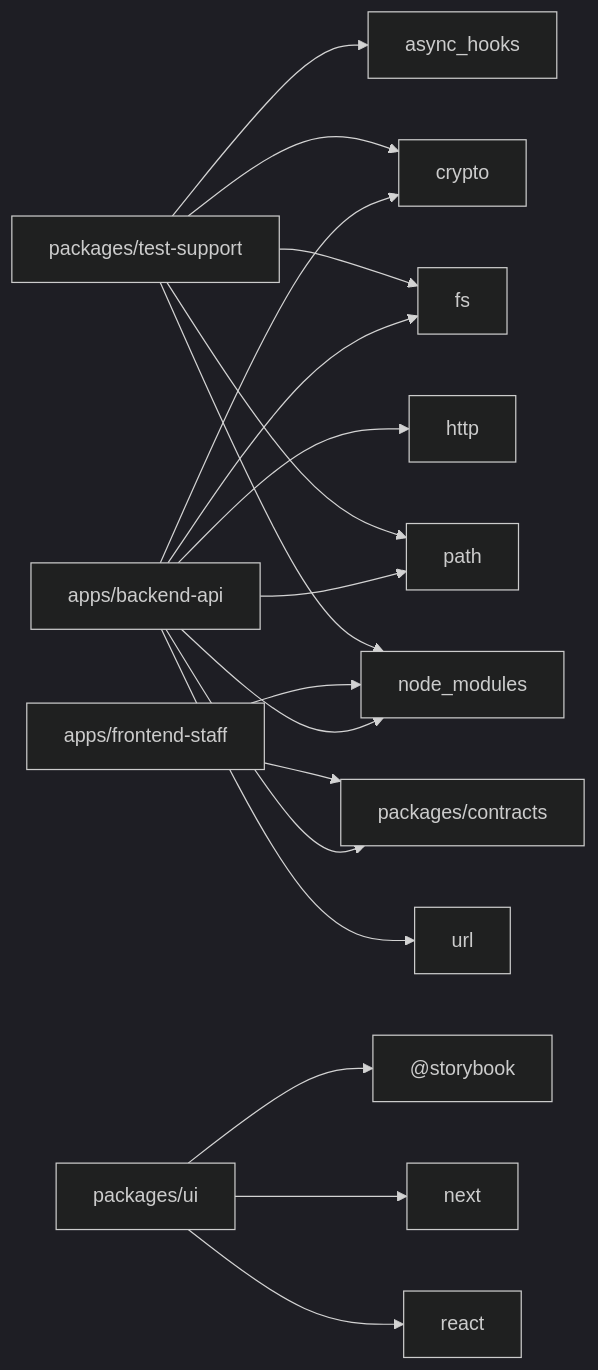
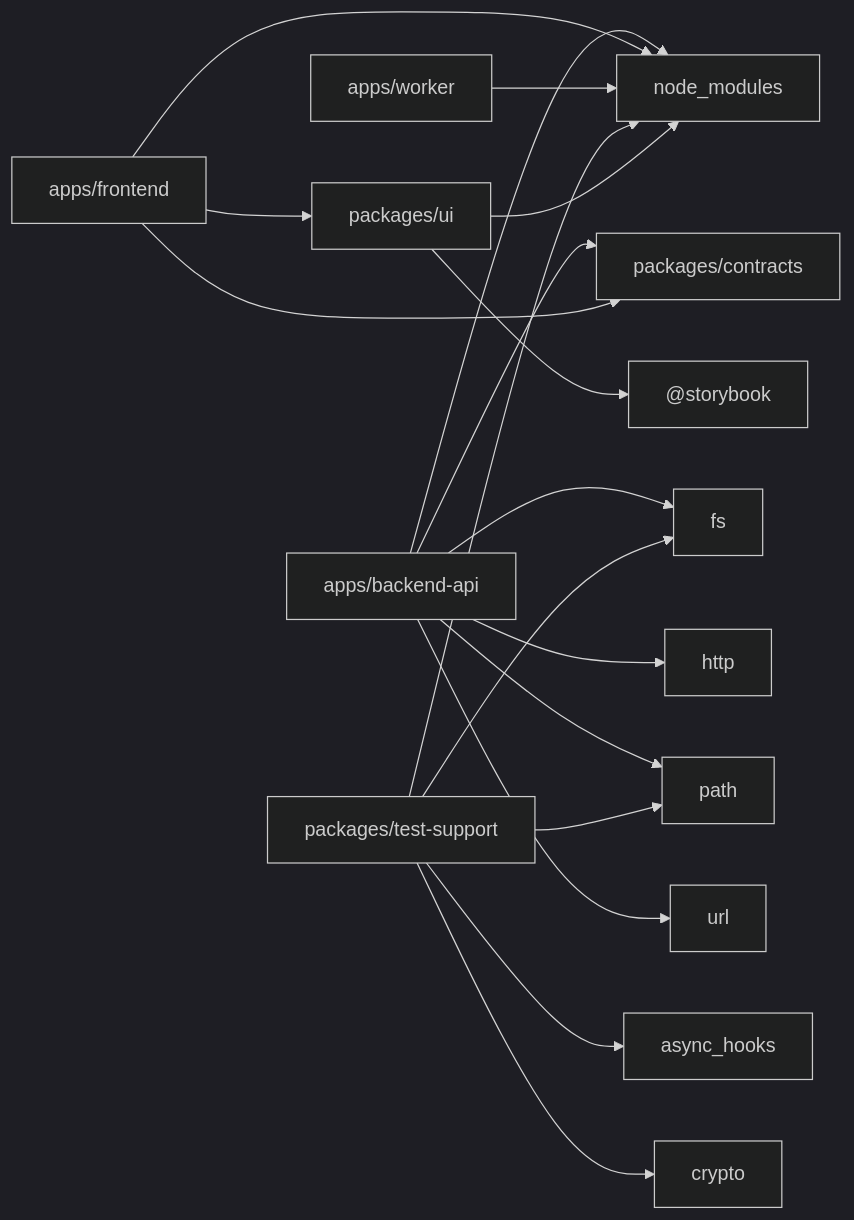
One commit to suwa-sh/suwa-sh-claude-plugins changed the diagram in samples/distillery2/library-loan/docs/as-built/_system/dependency-graph.md. Above: the diagram before and after it, drawn with Mermaid (dark theme). The commit also changed other lines of this file and 249 other files, not shown here.

````diff
--- a/samples/distillery2/library-loan/docs/as-built/_system/dependency-graph.md
+++ b/samples/distillery2/library-loan/docs/as-built/_system/dependency-graph.md
@@ -7,35 +7,34 @@
 ```mermaid
 graph LR
   n__storybook["@storybook"]
   n_apps_backend_api["apps/backend-api"]
-  n_apps_frontend_staff["apps/frontend-staff"]
+  n_apps_frontend["apps/frontend"]
+  n_apps_worker["apps/worker"]
   n_async_hooks["async_hooks"]
   n_crypto["crypto"]
   n_fs["fs"]
   n_http["http"]
-  n_next["next"]
   n_node_modules["node_modules"]
   n_packages_contracts["packages/contracts"]
   n_packages_test_support["packages/test-support"]
   n_packages_ui["packages/ui"]
   n_path["path"]
-  n_react["react"]
   n_url["url"]
-  n_apps_backend_api --> n_crypto
   n_apps_backend_api --> n_fs
   n_apps_backend_api --> n_http
   n_apps_backend_api --> n_node_modules
   n_apps_backend_api --> n_packages_contracts
   n_apps_backend_api --> n_path
   n_apps_backend_api --> n_url
-  n_apps_frontend_staff --> n_node_modules
-  n_apps_frontend_staff --> n_packages_contracts
+  n_apps_frontend --> n_node_modules
+  n_apps_frontend --> n_packages_contracts
+  n_apps_frontend --> n_packages_ui
+  n_apps_worker --> n_node_modules
   n_packages_test_support --> n_async_hooks
   n_packages_test_support --> n_crypto
   n_packages_test_support --> n_fs
   n_packages_test_support --> n_node_modules
   n_packages_test_support --> n_path
   n_packages_ui --> n__storybook
-  n_packages_ui --> n_next
-  n_packages_ui --> n_react
+  n_packages_ui --> n_node_modules
 ```
````
